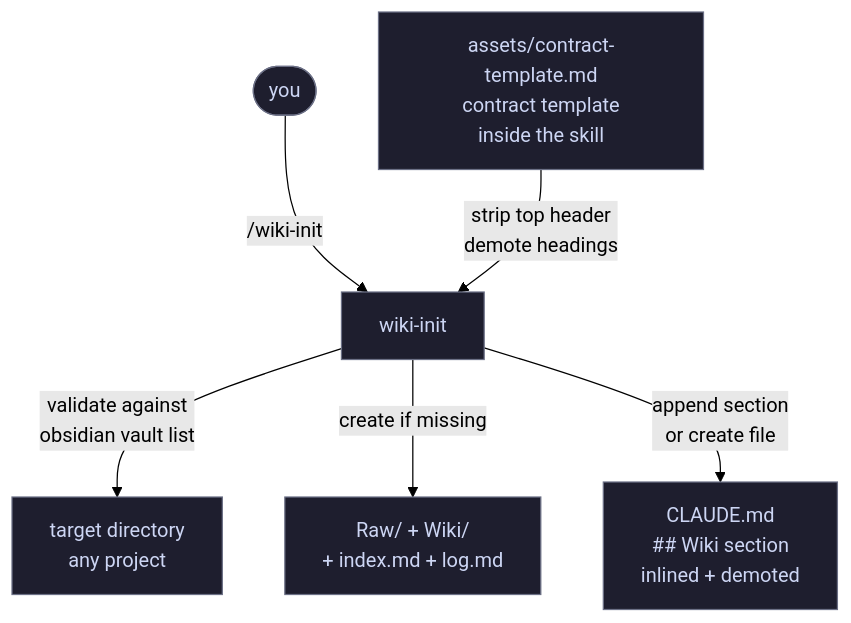
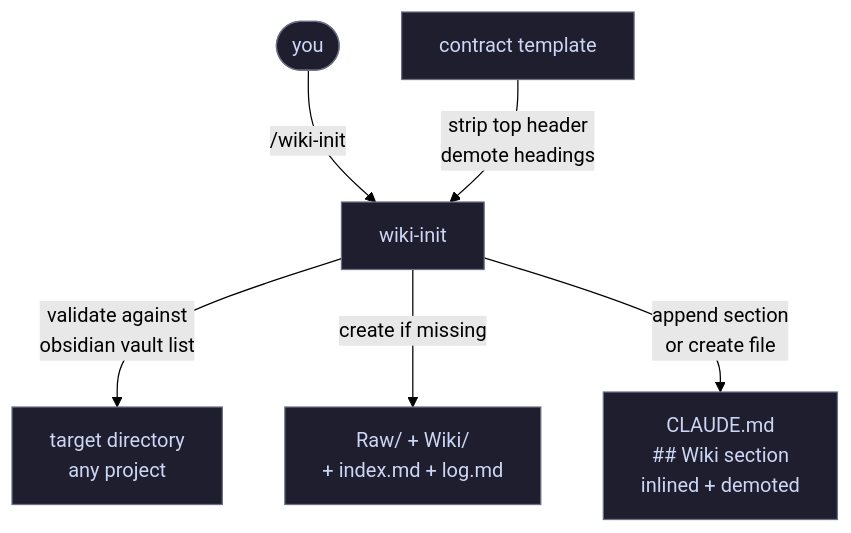
The first of 5 diagrams in README.md (SantiagoBobrik/llm-wiki-kit), drawn with Mermaid (forest theme) before and after one commit.

Commit message:
Simplify init diagram: shorter contract template node

````diff
--- a/README.md
+++ b/README.md
@@ -143,17 +143,17 @@
 ```mermaid
 flowchart TD
     user([you]):::dark
     init[wiki-init]:::dark
     target[target directory<br/>any project]:::dark
     structure[Raw/ + Wiki/<br/>+ index.md + log.md]:::dark
-    asset[assets/contract-template.md<br/>contract template<br/>inside the skill]:::dark
+    asset[contract template]:::dark
     claudemd[CLAUDE.md<br/>## Wiki section<br/>inlined + demoted]:::dark
 
     user -->|/wiki-init| init
     init -->|validate against<br/>obsidian vault list| target
     init -->|create if missing| structure
     asset -->|strip top header<br/>demote headings| init
     init -->|append section<br/>or create file| claudemd
 
     classDef dark fill:#1e1e2e,stroke:#6c7086,color:#cdd6f4
 ```
````
